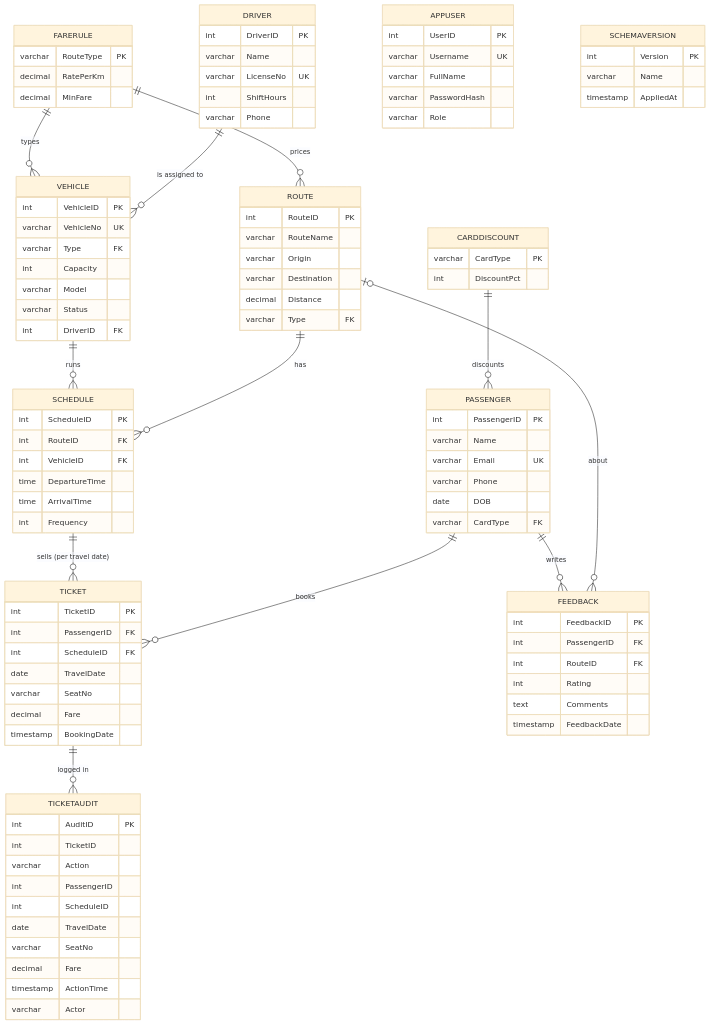
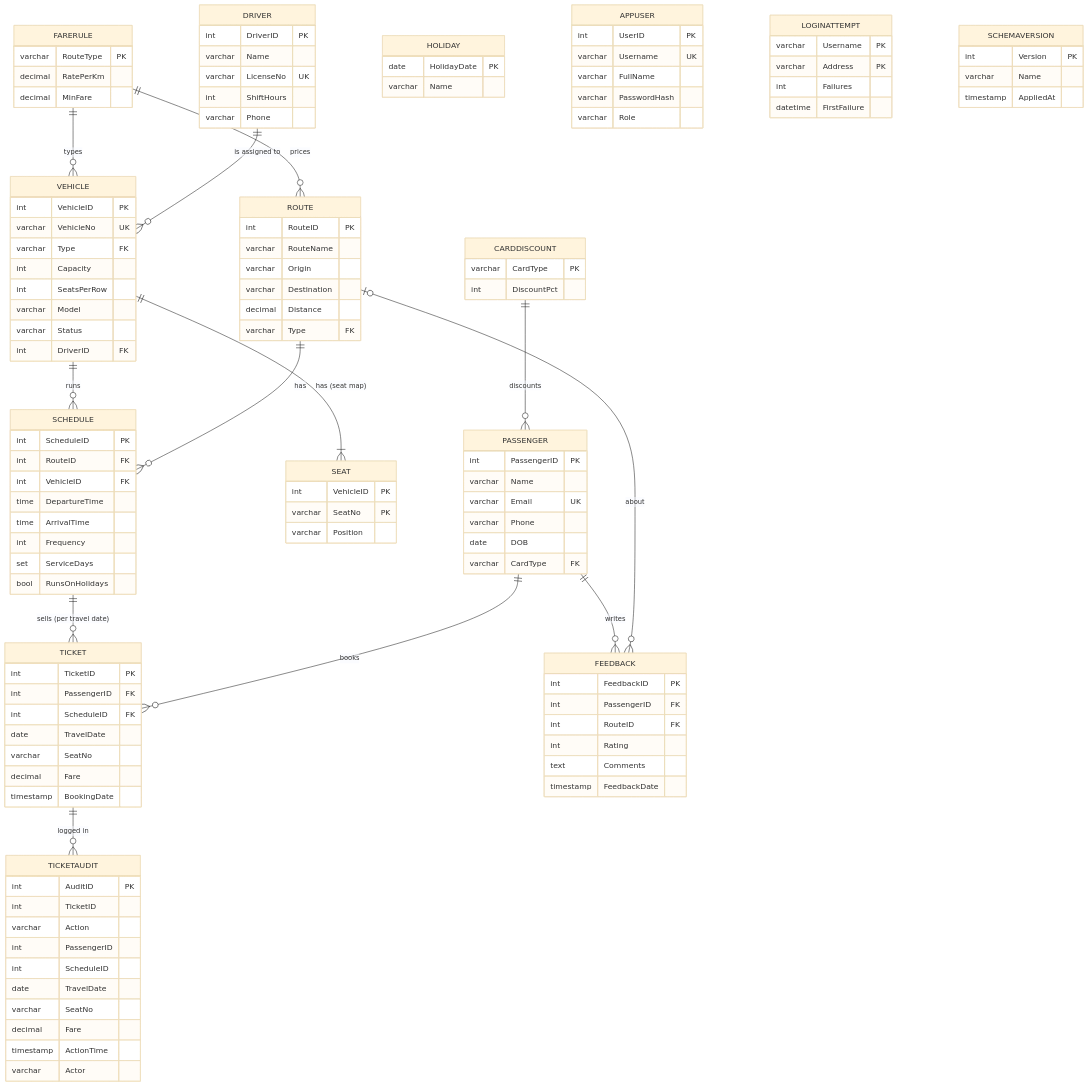
Before and after one commit to sarveshsuhaskute/RouteWise: the diagram in README.md, drawn with Mermaid (base theme). The commit also changed other lines of this file and 52 other files, not shown here.

First line of the commit message:
RouteWise: seat map, service calendar, FULLTEXT search, stored sign-in limit, CI

````diff
--- a/README.md
+++ b/README.md
@@ -47,27 +54,31 @@
 ```mermaid
 erDiagram
     FARERULE     ||--o{ ROUTE   : "prices"
     FARERULE     ||--o{ VEHICLE : "types"
     CARDDISCOUNT ||--o{ PASSENGER : "discounts"
     DRIVER   ||--o{ VEHICLE  : "is assigned to"
+    VEHICLE  ||--|{ SEAT     : "has (seat map)"
     VEHICLE  ||--o{ SCHEDULE : "runs"
     ROUTE    ||--o{ SCHEDULE : "has"
     SCHEDULE ||--o{ TICKET   : "sells (per travel date)"
     PASSENGER||--o{ TICKET   : "books"
     PASSENGER||--o{ FEEDBACK : "writes"
     ROUTE    |o--o{ FEEDBACK : "about"
     TICKET   ||--o{ TICKETAUDIT : "logged in"
 
     FARERULE     { varchar RouteType PK  decimal RatePerKm  decimal MinFare }
     CARDDISCOUNT { varchar CardType PK  int DiscountPct }
     PASSENGER { int PassengerID PK  varchar Name  varchar Email UK  varchar Phone  date DOB  varchar CardType FK }
     DRIVER    { int DriverID PK  varchar Name  varchar LicenseNo UK  int ShiftHours  varchar Phone }
-    VEHICLE   { int VehicleID PK  varchar VehicleNo UK  varchar Type FK  int Capacity  varchar Model  varchar Status  int DriverID FK }
+    VEHICLE   { int VehicleID PK  varchar VehicleNo UK  varchar Type FK  int Capacity  int SeatsPerRow  varchar Model  varchar Status  int DriverID FK }
+    SEAT      { int VehicleID PK  varchar SeatNo PK  varchar Position }
     ROUTE     { int RouteID PK  varchar RouteName  varchar Origin  varchar Destination  decimal Distance  varchar Type FK }
-    SCHEDULE  { int ScheduleID PK  int RouteID FK  int VehicleID FK  time DepartureTime  time ArrivalTime  int Frequency }
+    SCHEDULE  { int ScheduleID PK  int RouteID FK  int VehicleID FK  time DepartureTime  time ArrivalTime  int Frequency  set ServiceDays  bool RunsOnHolidays }
+    HOLIDAY   { date HolidayDate PK  varchar Name }
     TICKET    { int TicketID PK  int PassengerID FK  int ScheduleID FK  date TravelDate  varchar SeatNo  decimal Fare  timestamp BookingDate }
     FEEDBACK  { int FeedbackID PK  int PassengerID FK  int RouteID FK  int Rating  text Comments  timestamp FeedbackDate }
     TICKETAUDIT { int AuditID PK  int TicketID  varchar Action  int PassengerID  int ScheduleID  date TravelDate  varchar SeatNo  decimal Fare  timestamp ActionTime  varchar Actor }
     APPUSER   { int UserID PK  varchar Username UK  varchar FullName  varchar PasswordHash  varchar Role }
+    LOGINATTEMPT { varchar Username PK  varchar Address PK  int Failures  datetime FirstFailure }
     SCHEMAVERSION { int Version PK  varchar Name  timestamp AppliedAt }
 ```
````
